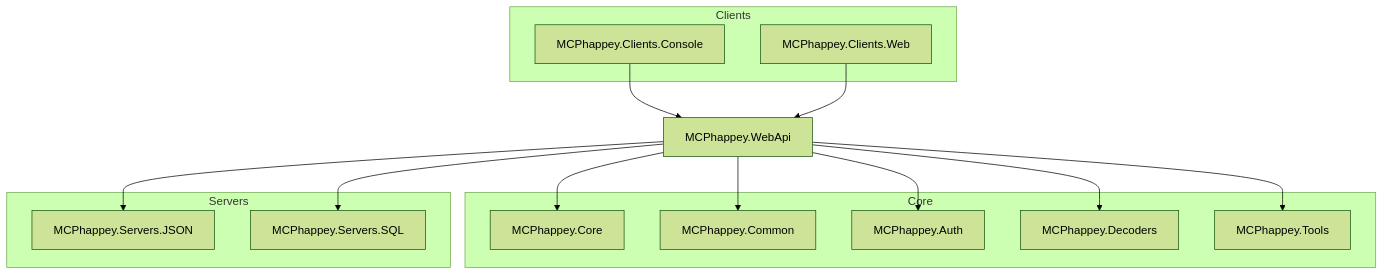
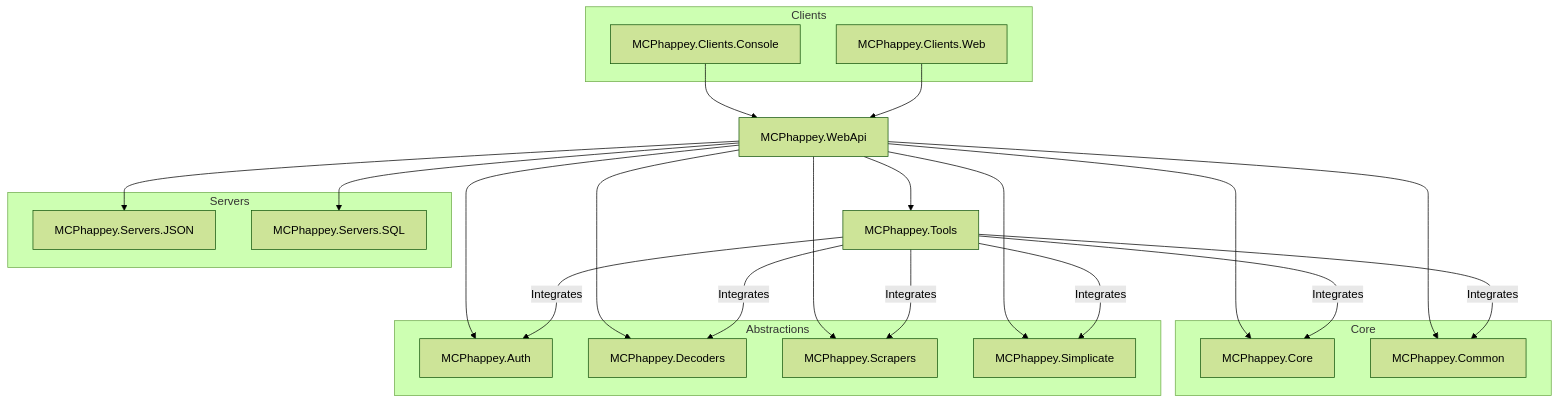
The diagram in README.md (achappey/MCPhappey), drawn with Mermaid (forest theme) before and after one commit. The commit also changed other lines of this file and 366 other files, not shown here.

````diff
--- a/README.md
+++ b/README.md
@@ -9,29 +28,41 @@
 ```mermaid
 flowchart TD
     subgraph Core
         CoreLib[MCPhappey.Core]
         Common[MCPhappey.Common]
+    end
+    subgraph Abstractions
         Auth[MCPhappey.Auth]
         Decoders[MCPhappey.Decoders]
-        Tools[MCPhappey.Tools]
+        Scrapers[MCPhappey.Scrapers]
+        Simplicate[MCPhappey.Simplicate]
     end
+    Tools[MCPhappey.Tools]
     subgraph Servers
         JSON[MCPhappey.Servers.JSON]
         SQL[MCPhappey.Servers.SQL]
     end
     subgraph Clients
         Console[MCPhappey.Clients.Console]
         Web[MCPhappey.Clients.Web]
     end
     WebApi[MCPhappey.WebApi]
 
     Console --> WebApi
     Web --> WebApi
     WebApi --> CoreLib
     WebApi --> Common
     WebApi --> Auth
     WebApi --> Decoders
+    WebApi --> Scrapers
+    WebApi --> Simplicate
     WebApi --> Tools
     WebApi --> JSON
     WebApi --> SQL
+    Tools -->|Integrates| Auth
+    Tools -->|Integrates| CoreLib
+    Tools -->|Integrates| Common
+    Tools -->|Integrates| Decoders
+    Tools -->|Integrates| Scrapers
+    Tools -->|Integrates| Simplicate
 ```
````
